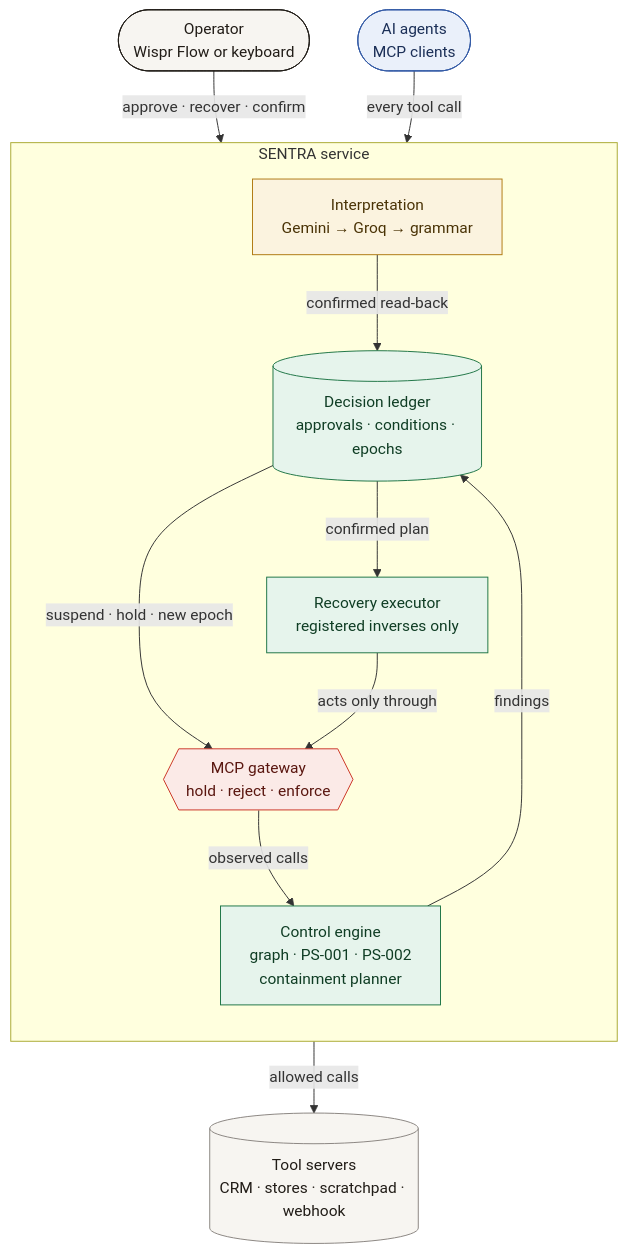
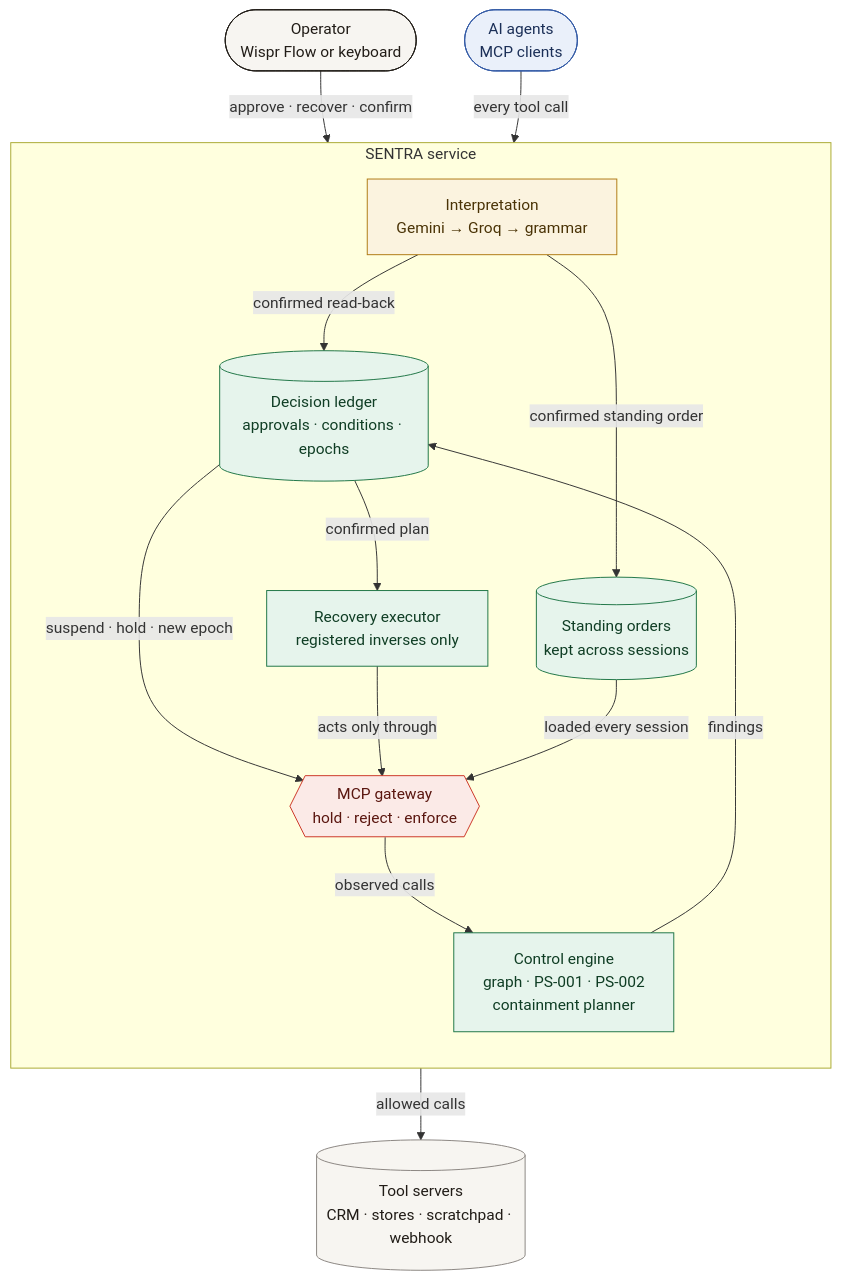
Before and after one commit to ishaans04/SENTRA: the second of 7 diagrams in README.md, drawn with Mermaid. The commit also changed other lines of this file and 5 other files, not shown here.

First line of the commit message:
docs: standing orders in the README and the demo guide

````diff
--- a/README.md
+++ b/README.md
@@ -148,39 +151,42 @@
 ```mermaid
 flowchart TB
     OP(["Operator<br/>Wispr Flow or keyboard"])
     AG(["AI agents<br/>MCP clients"])
 
     subgraph SVC["SENTRA service"]
         direction TB
         INT["Interpretation<br/>Gemini → Groq → grammar"]
         DEC[("Decision ledger<br/>approvals · conditions · epochs")]
         REC["Recovery executor<br/>registered inverses only"]
+        MEM[("Standing orders<br/>kept across sessions")]
         GW{{"MCP gateway<br/>hold · reject · enforce"}}
         ENG["Control engine<br/>graph · PS-001 · PS-002<br/>containment planner"]
     end
 
     TOOLS[("Tool servers<br/>CRM · stores · scratchpad · webhook")]
 
     OP -- "approve · recover · confirm" --> INT
     INT -- "confirmed read-back" --> DEC
     DEC -- "confirmed plan" --> REC
     AG -- "every tool call" --> GW
     GW -- "allowed calls" --> TOOLS
     GW -- "observed calls" --> ENG
     ENG -- "findings" --> DEC
     DEC -- "suspend · hold · new epoch" --> GW
     REC -- "acts only through" --> GW
+    INT -- "confirmed standing order" --> MEM
+    MEM -- "loaded every session" --> GW
 
     classDef person fill:#F7F5F1,stroke:#211C17,color:#211C17
     classDef agent fill:#EAF0FA,stroke:#335AA6,color:#1B2F57
     classDef soft fill:#FBF3DF,stroke:#B07A12,color:#4A3306
     classDef core fill:#E6F4EC,stroke:#1E7546,color:#0F3D24
     classDef gate fill:#FBEAE7,stroke:#CC3526,color:#5A160F
     classDef store fill:#F7F5F1,stroke:#8A8580,color:#211C17
     class OP person
     class AG agent
     class INT soft
-    class DEC,REC,ENG core
+    class DEC,REC,ENG,MEM core
     class GW gate
     class TOOLS store
 ```
````
